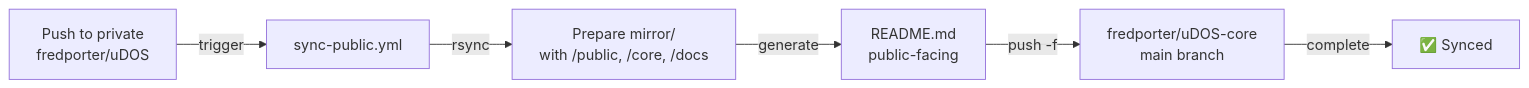
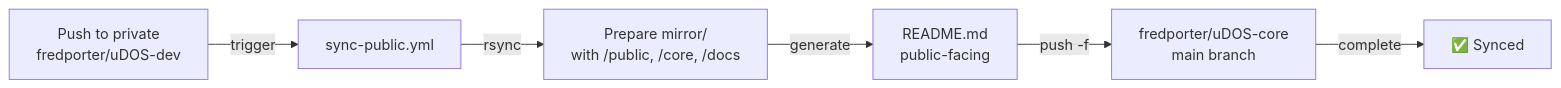
Before and after one commit to fredporter/uDOS: the diagram in docs/howto/setup-udos-core-sync.md, drawn with Mermaid. The commit also changed other lines of this file and 1 other file, not shown here.

First line of the commit message:
feat: update repo references to uDOS-dev

````diff
--- a/docs/howto/setup-udos-core-sync.md
+++ b/docs/howto/setup-udos-core-sync.md
@@ -105,8 +112,8 @@
 ```mermaid
 graph LR
-    A["Push to private<br/>fredporter/uDOS"] -->|trigger| B["sync-public.yml"]
+    A["Push to private<br/>fredporter/uDOS-dev"] -->|trigger| B["sync-public.yml"]
     B -->|rsync| C["Prepare mirror/<br/>with /public, /core, /docs"]
     C -->|generate| D["README.md<br/>public-facing"]
     D -->|push -f| E["fredporter/uDOS-core<br/>main branch"]
     E -->|complete| F["✅ Synced"]
 ```
````
